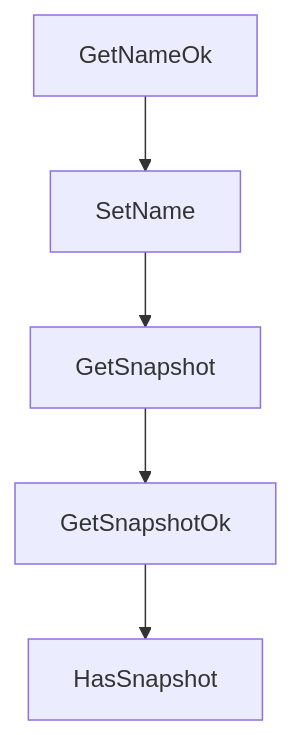
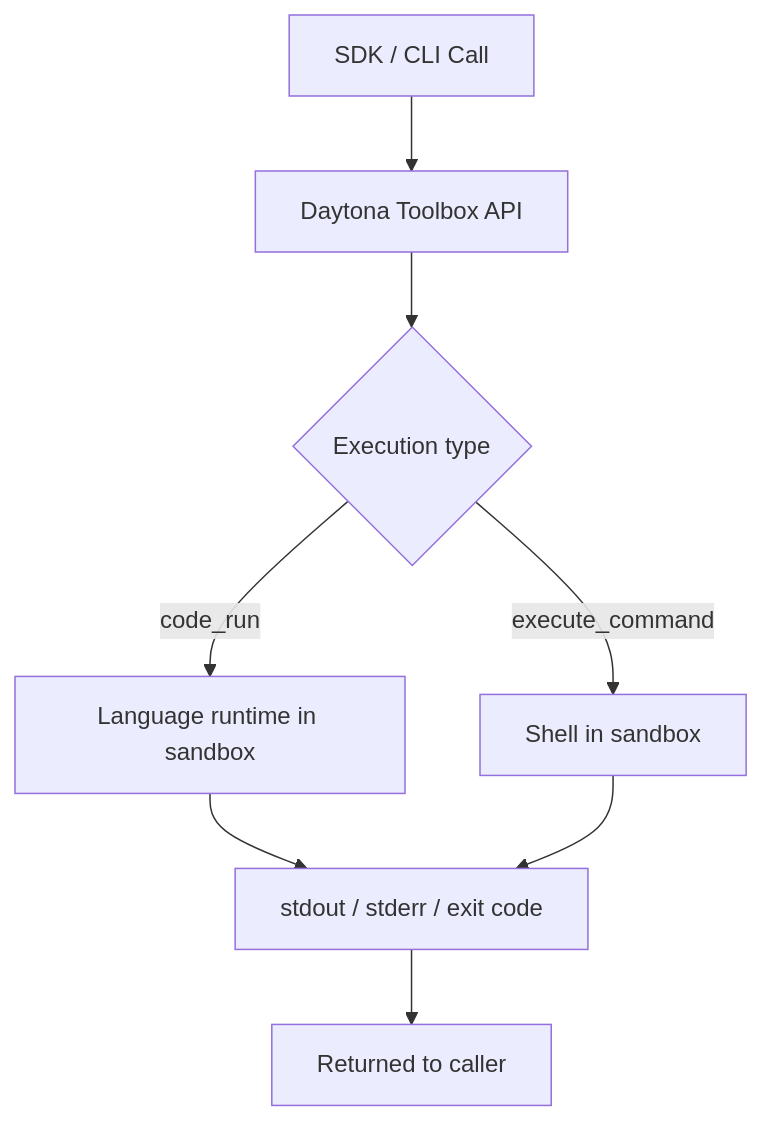
The diagram in tutorials/daytona-tutorial/03-process-and-code-execution-patterns.md (johnxie/awesome-code-docs), drawn with Mermaid before and after one commit. The commit also changed other lines of this file and 1232 other files, not shown here.

````diff
--- a/tutorials/daytona-tutorial/03-process-and-code-execution-patterns.md
+++ b/tutorials/daytona-tutorial/03-process-and-code-execution-patterns.md
@@ -211,12 +42,10 @@
 ```mermaid
 flowchart TD
-    A[GetNameOk]
-    B[SetName]
-    C[GetSnapshot]
-    D[GetSnapshotOk]
-    E[HasSnapshot]
-    A --> B
-    B --> C
-    C --> D
-    D --> E
+    A[SDK / CLI Call] --> B[Daytona Toolbox API]
+    B --> C{Execution type}
+    C -->|code_run| D[Language runtime in sandbox]
+    C -->|execute_command| E[Shell in sandbox]
+    D --> F[stdout / stderr / exit code]
+    E --> F
+    F --> G[Returned to caller]
 ```
````
